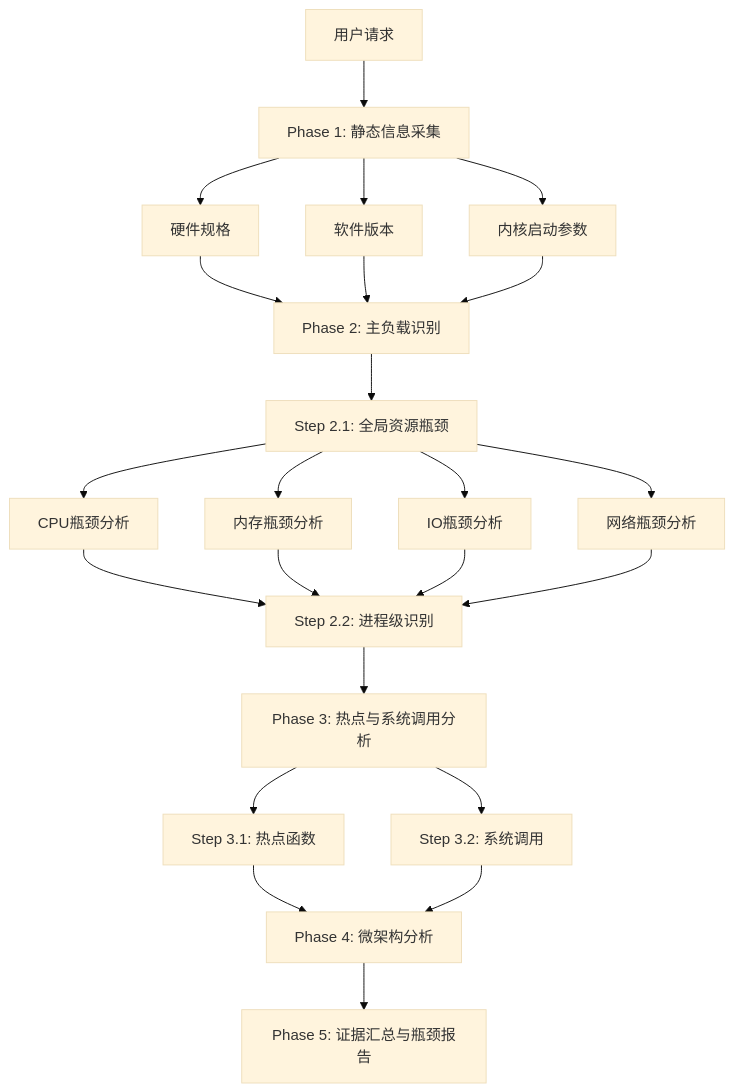
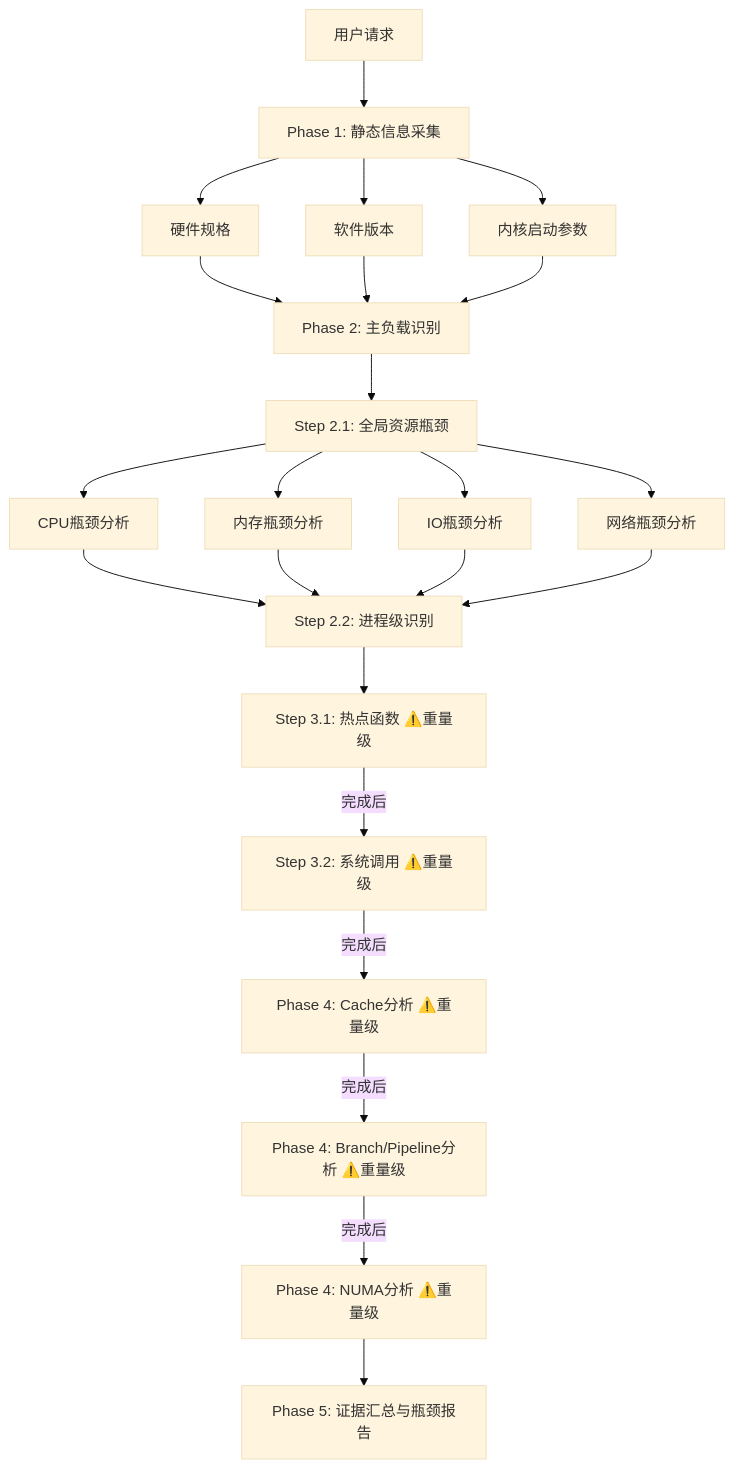
One commit to openeuler-mirror/witty-opentunex changed the first of 2 diagrams in skills/top-down-bottleneck/DESIGN.md. Above: the diagram before and after it, drawn with Mermaid (base theme). The commit also changed other lines of this file and 8 other files, not shown here.

````diff
--- a/skills/top-down-bottleneck/DESIGN.md
+++ b/skills/top-down-bottleneck/DESIGN.md
@@ -161,25 +170,25 @@
 ```mermaid
 flowchart TD
     A[用户请求] --> B[Phase 1: 静态信息采集]
     B --> B1[硬件规格]
     B --> B2[软件版本]
     B --> B3[内核启动参数]
     B1 --> C[Phase 2: 主负载识别]
     B2 --> C
     B3 --> C
     C --> D[Step 2.1: 全局资源瓶颈]
     D --> D1[CPU瓶颈分析]
     D --> D2[内存瓶颈分析]
     D --> D3[IO瓶颈分析]
     D --> D4[网络瓶颈分析]
     D1 --> E[Step 2.2: 进程级识别]
     D2 --> E
     D3 --> E
     D4 --> E
-    E --> F[Phase 3: 热点与系统调用分析]
-    F --> F1[Step 3.1: 热点函数]
-    F --> F2[Step 3.2: 系统调用]
-    F1 --> G[Phase 4: 微架构分析]
-    F2 --> G
-    G --> H[Phase 5: 证据汇总与瓶颈报告]
+    E --> F1[Step 3.1: 热点函数 ⚠️重量级]
+    F1 -->|完成后| F2[Step 3.2: 系统调用 ⚠️重量级]
+    F2 -->|完成后| G1[Phase 4: Cache分析 ⚠️重量级]
+    G1 -->|完成后| G2[Phase 4: Branch/Pipeline分析 ⚠️重量级]
+    G2 -->|完成后| G3[Phase 4: NUMA分析 ⚠️重量级]
+    G3 --> H[Phase 5: 证据汇总与瓶颈报告]
 ```
````
